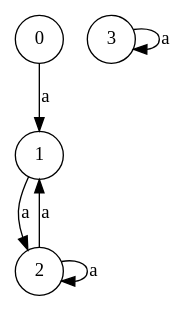
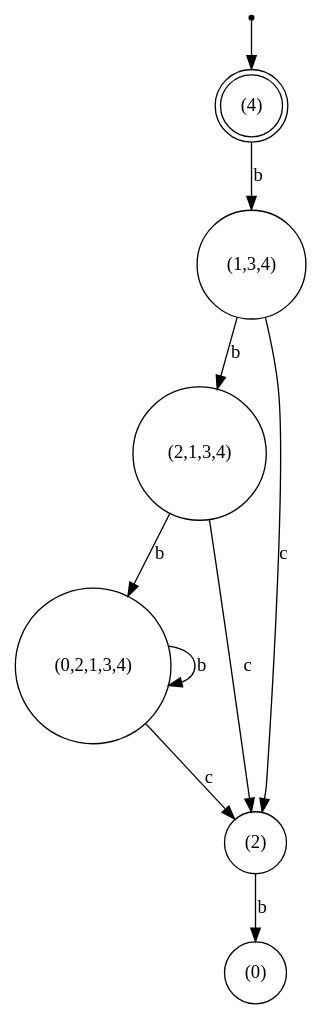
The diagram in dotsource.dot (Reithger/Finite-State-Machine-Model), drawn with Graphviz before and after one commit. The commit also changed 17 other files, not shown here.

```diff
--- a/dotsource.dot
+++ b/dotsource.dot
@@ -1,11 +1,18 @@
 digraph G {
-"n0"[label="0"shape=circle color="black"];
-"n1"[label="1"shape=circle color="black"];
-"n2"[label="2"shape=circle color="black"];
-"n3"[label="3"shape=circle color="black"];
-{"n0"}->{"n1"}[label = "a" color="black" arrowhead="normal"];
-{"n1"}->{"n2"}[label = "a" color="black" arrowhead="normal"];
-{"n2"}->{"n2"}[label = "a" color="black" arrowhead="normal"];
-{"n2"}->{"n1"}[label = "a" color="black" arrowhead="normal"];
-{"n3"}->{"n3"}[label = "a" color="black" arrowhead="normal"];
+"n0"[label="(0)"shape=circle color="black"];
+"n1"[label="(2,1,3,4)"shape=circle color="black"];
+"n2"[label="(0,2,1,3,4)"shape=circle color="black"];
+"n3"[label="(1,3,4)"shape=circle color="black"];
+"n4"[label="(4)"shape=doublecircle color="black"];
+"ArbitraryUnusedNameNoWorriesJustGrooving5"[fontSize=1 shape=point];
+"n5"[label="(2)"shape=circle color="black"];
+{"ArbitraryUnusedNameNoWorriesJustGrooving5"}->{"n4"};
+{"n1"}->{"n2"}[label = "b" color="black" arrowhead="normal"];
+{"n1"}->{"n5"}[label = "c" color="black" arrowhead="normal"];
+{"n2"}->{"n2"}[label = "b" color="black" arrowhead="normal"];
+{"n2"}->{"n5"}[label = "c" color="black" arrowhead="normal"];
+{"n3"}->{"n1"}[label = "b" color="black" arrowhead="normal"];
+{"n3"}->{"n5"}[label = "c" color="black" arrowhead="normal"];
+{"n4"}->{"n3"}[label = "b" color="black" arrowhead="normal"];
+{"n5"}->{"n0"}[label = "b" color="black" arrowhead="normal"];
 }
```
